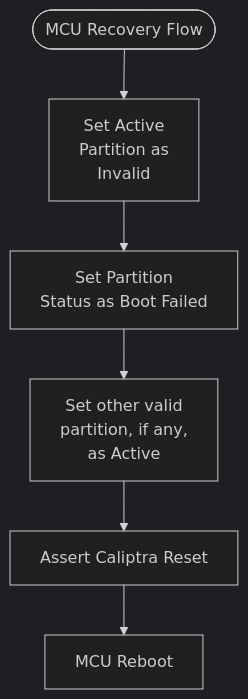
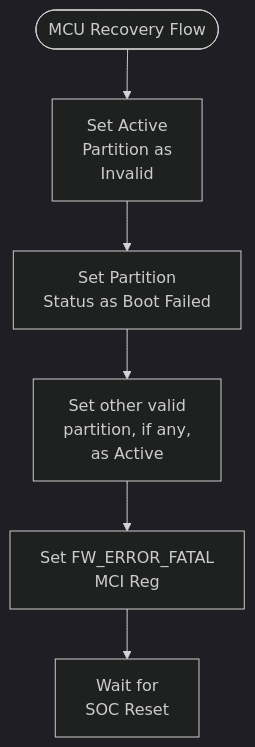
Before and after one commit to zhalvorsen/caliptra-mcu-sw: the sixth of 7 diagrams in docs/src/image_loading.md, drawn with Mermaid (dark theme). The commit also changed other lines of this file and 1 other file, not shown here.

First line of the commit message:
Update Recovery Boot Flow Doc (#214)

````diff
--- a/docs/src/image_loading.md
+++ b/docs/src/image_loading.md
@@ -410,7 +412,7 @@
 ```mermaid
 flowchart TD
     Start([MCU Recovery Flow])--> InvalidateActivePartition[Set Active<br>Partition as<br>Invalid] --> SetStatusBootFailed[Set Partition<br>Status as Boot Failed]
         --> SetNewActivePartition[Set other valid<br>partition, if any,<br>as Active]
-        --> Reset[Assert Caliptra Reset]
-        --> MCUReboot[MCU Reboot]
+        --> SetFatalError[Set FW_ERROR_FATAL<br> MCI Reg]
+        --> WaitForSOCReset[Wait for<br>SOC Reset]
 ```
````
